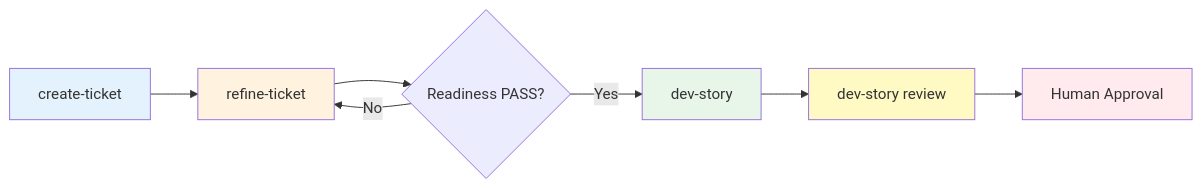
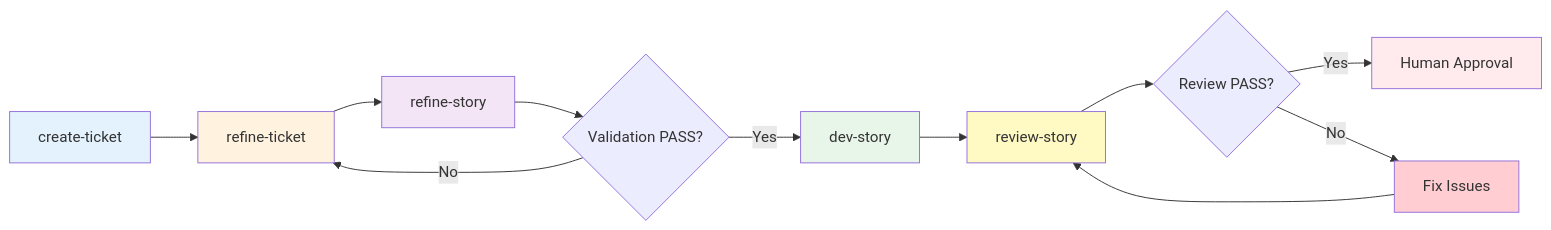
Before and after one commit to samibel/scrum_workflow: the diagram in scrum_workflow/docs/04-command-reference.md, drawn with Mermaid. The commit also changed other lines of this file and 42 other files, not shown here.

First line of the commit message:
feat: add incremental update mode to research workflow and implement review story workflow

````diff
--- a/scrum_workflow/docs/04-command-reference.md
+++ b/scrum_workflow/docs/04-command-reference.md
@@ -146,15 +609,21 @@
 ```mermaid
 flowchart LR
     A[create-ticket] --> B[refine-ticket]
-    B --> C{Readiness PASS?}
-    C -->|Yes| D[dev-story]
-    C -->|No| B
-    D --> E[dev-story review]
-    E --> F[Human Approval]
+    B --> C[refine-story]
+    C --> D{Validation PASS?}
+    D -->|Yes| E[dev-story]
+    D -->|No| B
+    E --> F[review-story]
+    F --> G{Review PASS?}
+    G -->|Yes| H[Human Approval]
+    G -->|No| I[Fix Issues]
+    I --> F
 
     style A fill:#E3F2FD
     style B fill:#FFF3E0
-    style D fill:#E8F5E9
-    style E fill:#FFF9C4
-    style F fill:#FFEBEE
+    style C fill:#F3E5F5
+    style E fill:#E8F5E9
+    style F fill:#FFF9C4
+    style H fill:#FFEBEE
+    style I fill:#FFCDD2
 ```
````
